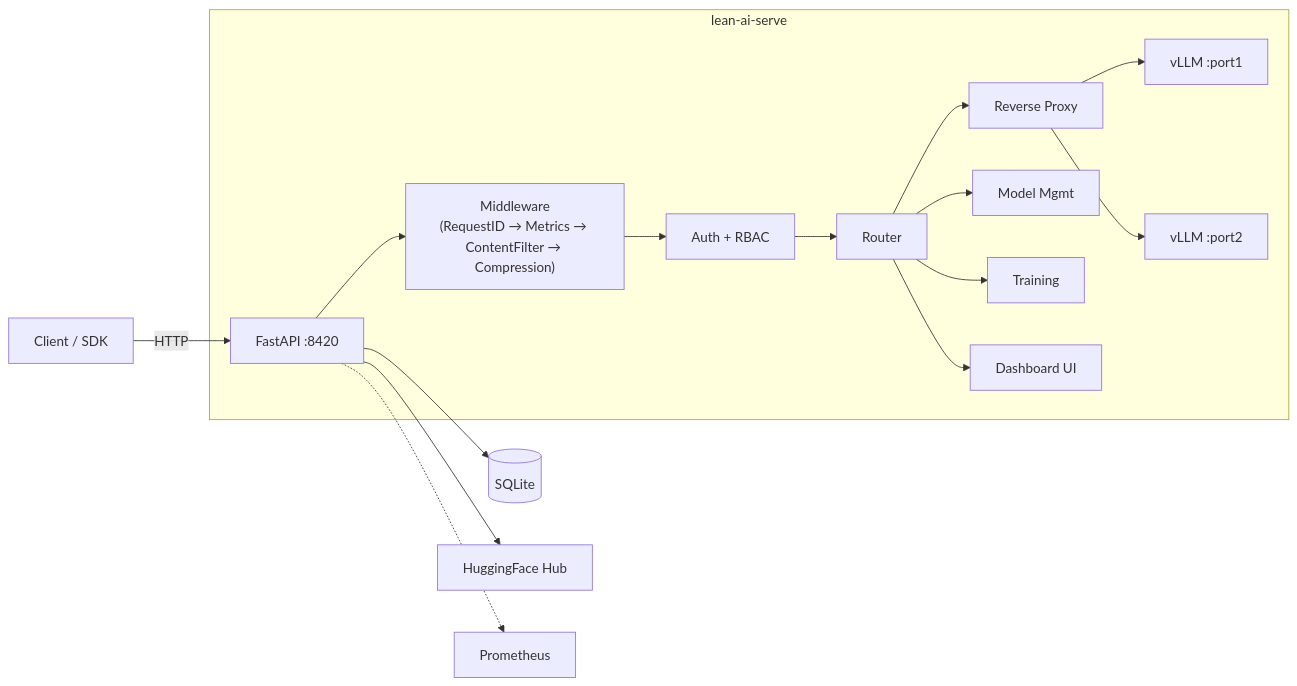
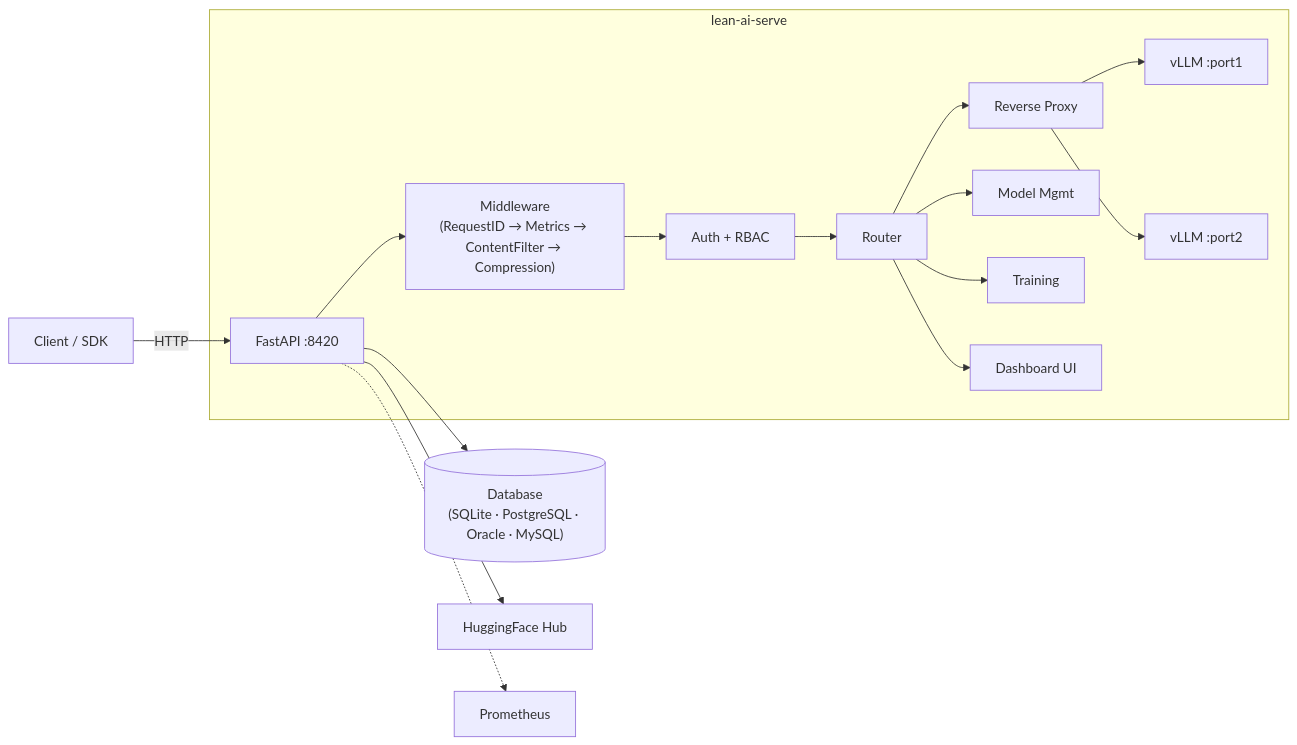
One commit to shunobies/lean-ai-serve changed the diagram in README.md. Above: the diagram before and after it, drawn with Mermaid. The commit also changed other lines of this file and 23 other files, not shown here.

First line of the commit message:
Add pluggable database backend support (SQLite, PostgreSQL, Oracle, MySQL)

````diff
--- a/README.md
+++ b/README.md
@@ -31,21 +32,21 @@
 ```mermaid
 graph LR
     Client["Client / SDK"] -->|HTTP| Server["FastAPI :8420"]
 
     subgraph lean-ai-serve
         Server --> MW["Middleware<br/>(RequestID → Metrics → ContentFilter → Compression)"]
         MW --> Auth["Auth + RBAC"]
         Auth --> Router["Router"]
         Router --> Proxy["Reverse Proxy"]
         Router --> Models["Model Mgmt"]
         Router --> Training["Training"]
         Router --> Dash["Dashboard UI"]
 
         Proxy --> vLLM1["vLLM :port1"]
         Proxy --> vLLM2["vLLM :port2"]
     end
 
-    Server --> SQLite[("SQLite")]
+    Server --> DB[("Database<br/>(SQLite · PostgreSQL · Oracle · MySQL)")]
     Server --> HF["HuggingFace Hub"]
     Server -.-> Prom["Prometheus"]
 ```
````
